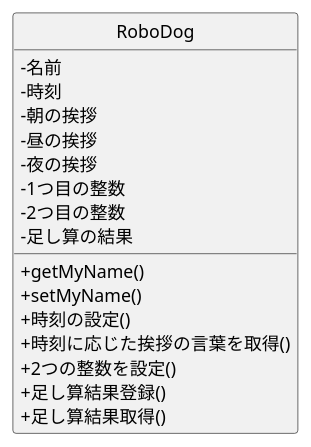
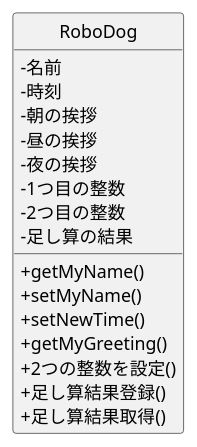
Before and after one commit to kakipe/oohara_uml: the diagram in 06_robo_dog/class.pu, drawn with PlantUML. The commit also changed 3 other files, not shown here.

```diff
--- a/06_robo_dog/class.pu
+++ b/06_robo_dog/class.pu
@@ -1,24 +1,24 @@
 @startuml Robodogクラス図
 skinparam classAttributeIconSize 0
 hide circle
 
 class RoboDog {
  -名前
  -時刻
  -朝の挨拶
  -昼の挨拶
  -夜の挨拶
  -1つ目の整数
  -2つ目の整数
  -足し算の結果
 
  +getMyName()
  +setMyName()
- +時刻の設定()
- +時刻に応じた挨拶の言葉を取得()
+ +setNewTime()
+ +getMyGreeting()
  +2つの整数を設定()
  +足し算結果登録()
  +足し算結果取得()
 }
 
 @enduml
```
